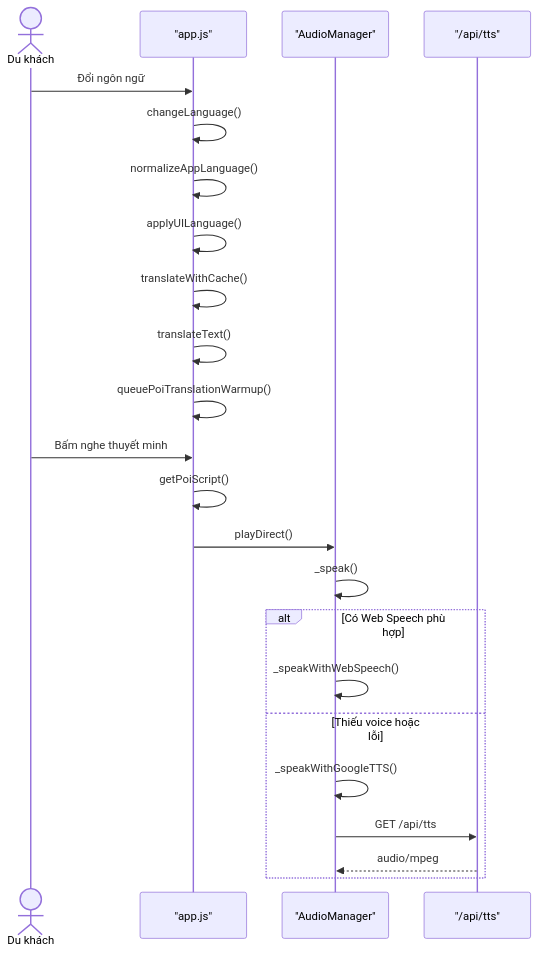
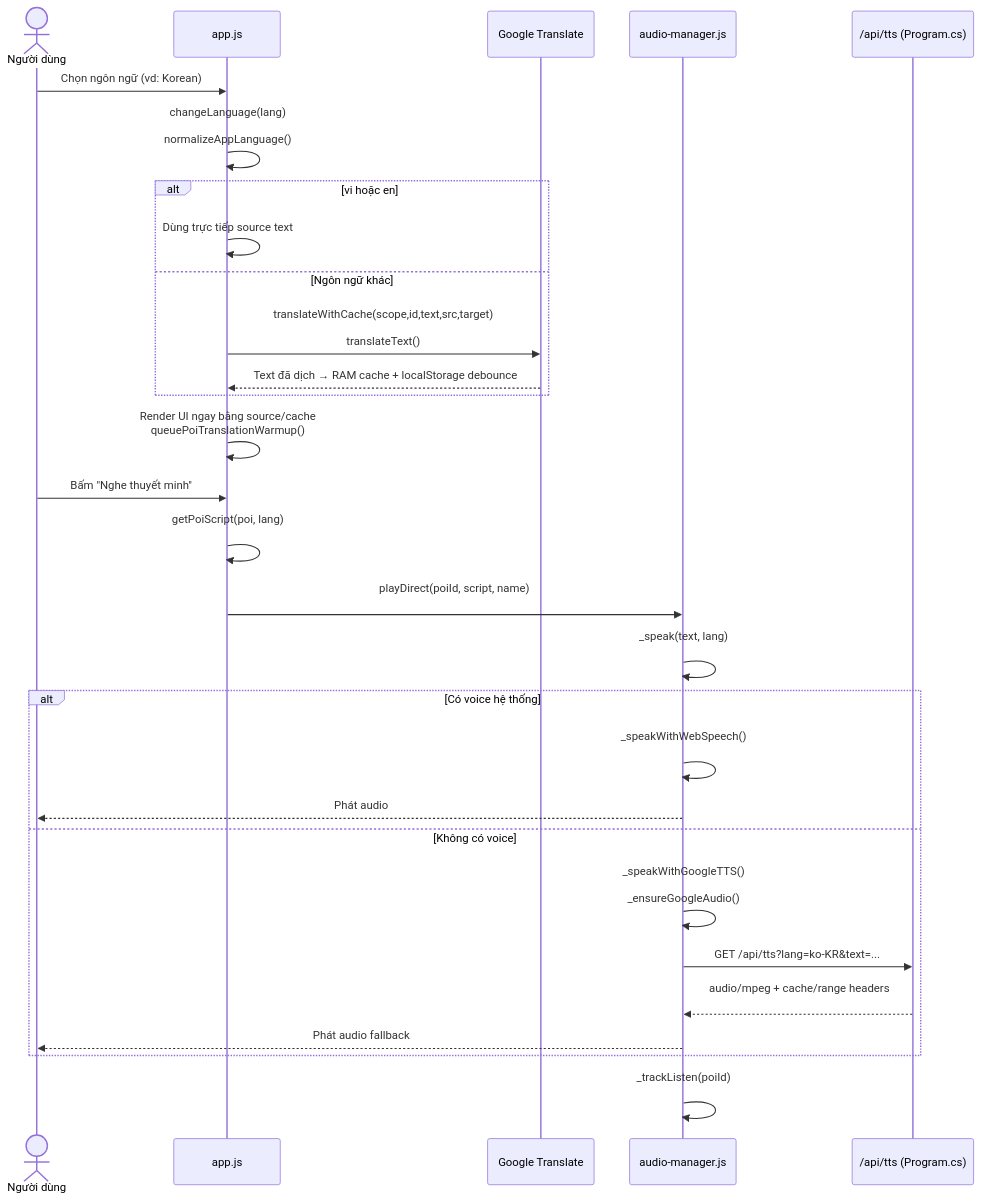
The third of 8 diagrams in PRD_VinhKhanh_Final2.md (Hzyl/CShape), drawn with Mermaid before and after one commit. The commit also changed other lines of this file and 205 other files, not shown here.

````diff
--- a/PRD_VinhKhanh_Final2.md
+++ b/PRD_VinhKhanh_Final2.md
@@ -309,27 +230,36 @@
 ```mermaid
 sequenceDiagram
-    actor User as Du khách
-    participant App as "app.js"
-    participant Audio as "AudioManager"
-    participant TTS as "/api/tts"
+    actor User as Người dùng
+    participant App as app.js
+    participant GTranslate as Google Translate
+    participant TTS as audio-manager.js
+    participant Proxy as /api/tts (Program.cs)
 
-    User->>App: Đổi ngôn ngữ
-    App->>App: changeLanguage()
-    App->>App: normalizeAppLanguage()
-    App->>App: applyUILanguage()
-    App->>App: translateWithCache()
-    App->>App: translateText()
-    App->>App: queuePoiTranslationWarmup()
+    User->>App: Chọn ngôn ngữ (vd: Korean)
+    App->>App: changeLanguage(lang)<br/><br/>normalizeAppLanguage() 
 
-    User->>App: Bấm nghe thuyết minh
-    App->>App: getPoiScript()
-    App->>Audio: playDirect()
-    Audio->>Audio: _speak()
-    alt Có Web Speech phù hợp
-        Audio->>Audio: _speakWithWebSpeech()
-    else Thiếu voice hoặc lỗi
-        Audio->>Audio: _speakWithGoogleTTS()
-        Audio->>TTS: GET /api/tts
-        TTS-->>Audio: audio/mpeg
+    alt vi hoặc en
+        App->>App: Dùng trực tiếp source text
+    else Ngôn ngữ khác
+        App->>GTranslate: translateWithCache(scope,id,text,src,target)<br/><br/>translateText() 
+        GTranslate-->>App: Text đã dịch → RAM cache + localStorage debounce
     end
+
+    App->>App: Render UI ngay bằng source/cache<br/>queuePoiTranslationWarmup() 
+    User->>App: Bấm "Nghe thuyết minh"
+    App->>App: getPoiScript(poi, lang)<br/>
+    App->>TTS: playDirect(poiId, script, name)<br/>
+    TTS->>TTS: _speak(text, lang)<br/>
+
+    alt Có voice hệ thống
+        TTS->>TTS: _speakWithWebSpeech()<br/>
+        TTS-->>User: Phát audio
+    else Không có voice
+        TTS->>TTS: _speakWithGoogleTTS()<br/><br/>_ensureGoogleAudio() 
+        TTS->>Proxy: GET /api/tts?lang=ko-KR&text=...
+        Proxy-->>TTS: audio/mpeg + cache/range headers<br/>
+        TTS-->>User: Phát audio fallback
+    end
+
+    TTS->>TTS: _trackListen(poiId)<br/>
 ```
````
